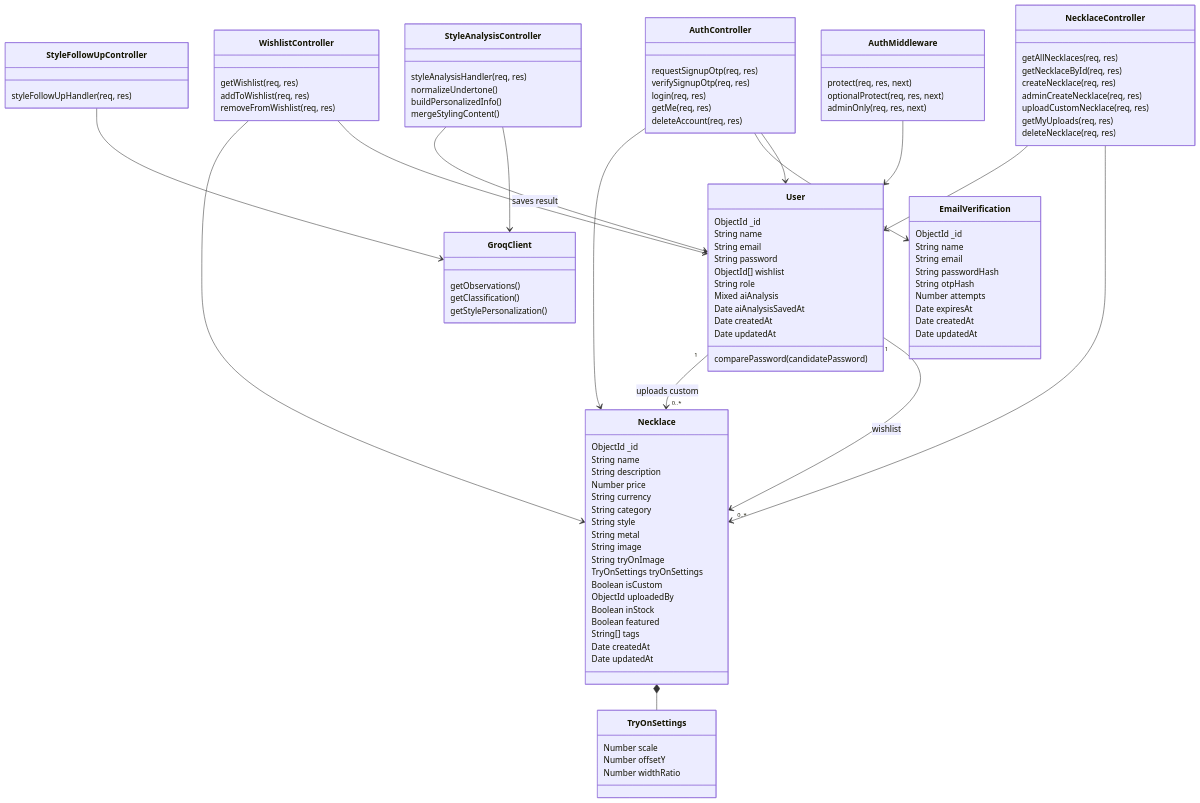
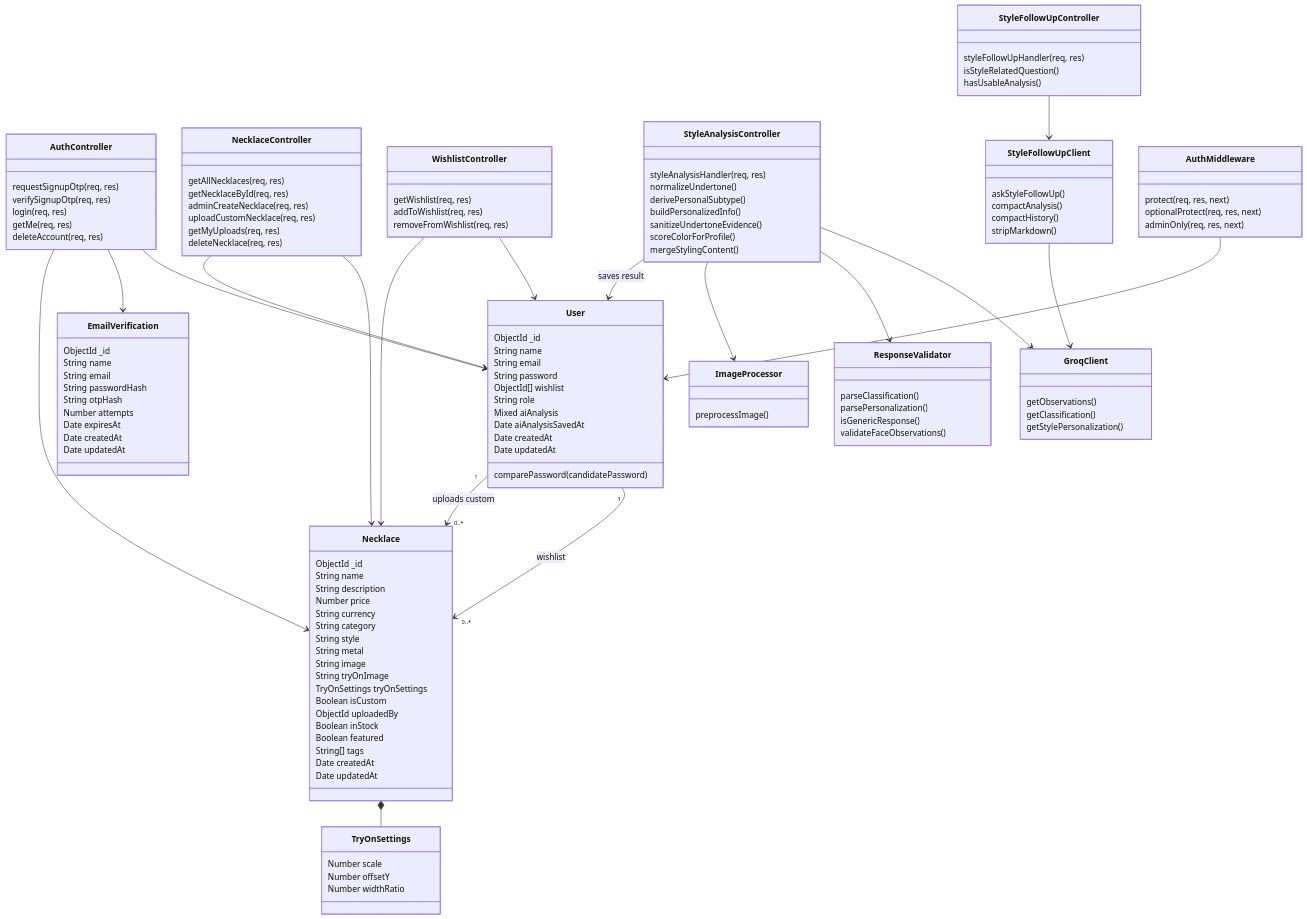
One commit to tiaoueiss/lumiere changed the third of 6 diagrams in docs/uml-diagrams.md. Above: the diagram before and after it, drawn with Mermaid. The commit also changed other lines of this file, not shown here.

````diff
--- a/docs/uml-diagrams.md
+++ b/docs/uml-diagrams.md
@@ -163,7 +166,6 @@
   class NecklaceController {
     getAllNecklaces(req, res)
     getNecklaceById(req, res)
-    createNecklace(req, res)
     adminCreateNecklace(req, res)
     uploadCustomNecklace(req, res)
     getMyUploads(req, res)
@@ -179,8 +181,18 @@
   class StyleAnalysisController {
     styleAnalysisHandler(req, res)
     normalizeUndertone()
+    derivePersonalSubtype()
     buildPersonalizedInfo()
+    sanitizeUndertoneEvidence()
+    scoreColorForProfile()
     mergeStylingContent()
+  }
+
+  class ResponseValidator {
+    parseClassification()
+    parsePersonalization()
+    isGenericResponse()
+    validateFaceObservations()
   }
 
   class GroqClient {
@@ -191,6 +203,19 @@
 
   class StyleFollowUpController {
     styleFollowUpHandler(req, res)
+    isStyleRelatedQuestion()
+    hasUsableAnalysis()
+  }
+
+  class StyleFollowUpClient {
+    askStyleFollowUp()
+    compactAnalysis()
+    compactHistory()
+    stripMarkdown()
+  }
+
+  class ImageProcessor {
+    preprocessImage()
   }
 
   class AuthMiddleware {
@@ -210,7 +235,10 @@
   WishlistController --> User
   WishlistController --> Necklace
   StyleAnalysisController --> GroqClient
+  StyleAnalysisController --> ResponseValidator
+  StyleAnalysisController --> ImageProcessor
   StyleAnalysisController --> User : saves result
-  StyleFollowUpController --> GroqClient
+  StyleFollowUpController --> StyleFollowUpClient
+  StyleFollowUpClient --> GroqClient
   AuthMiddleware --> User
 ```
````
